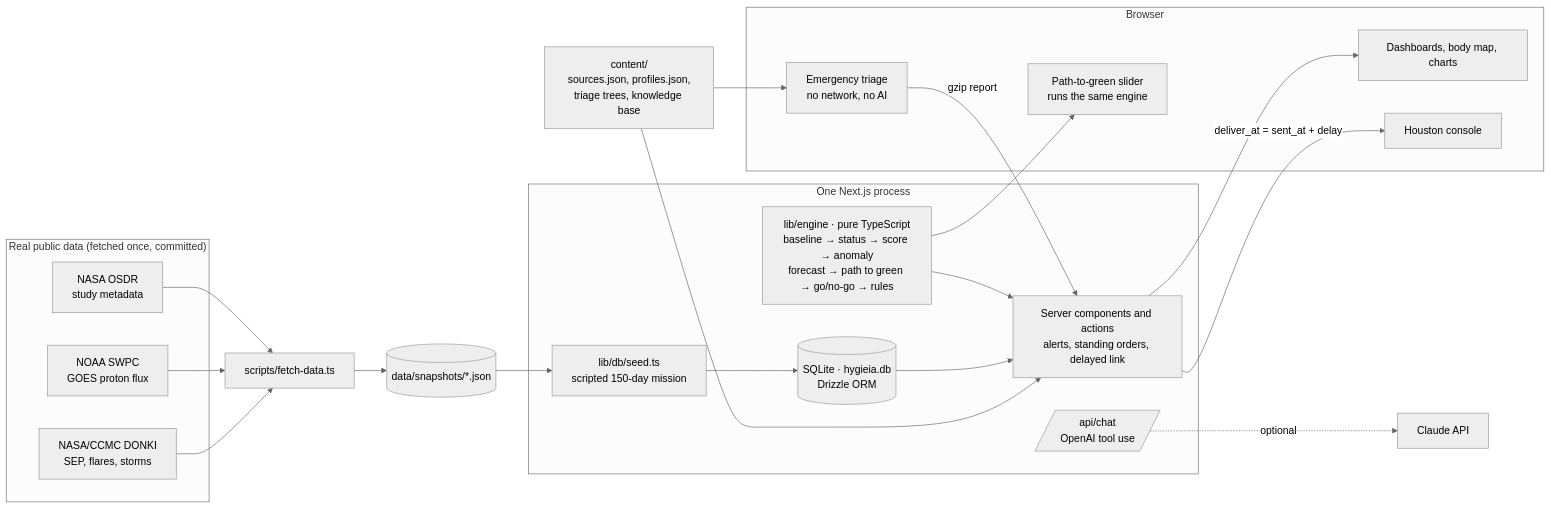
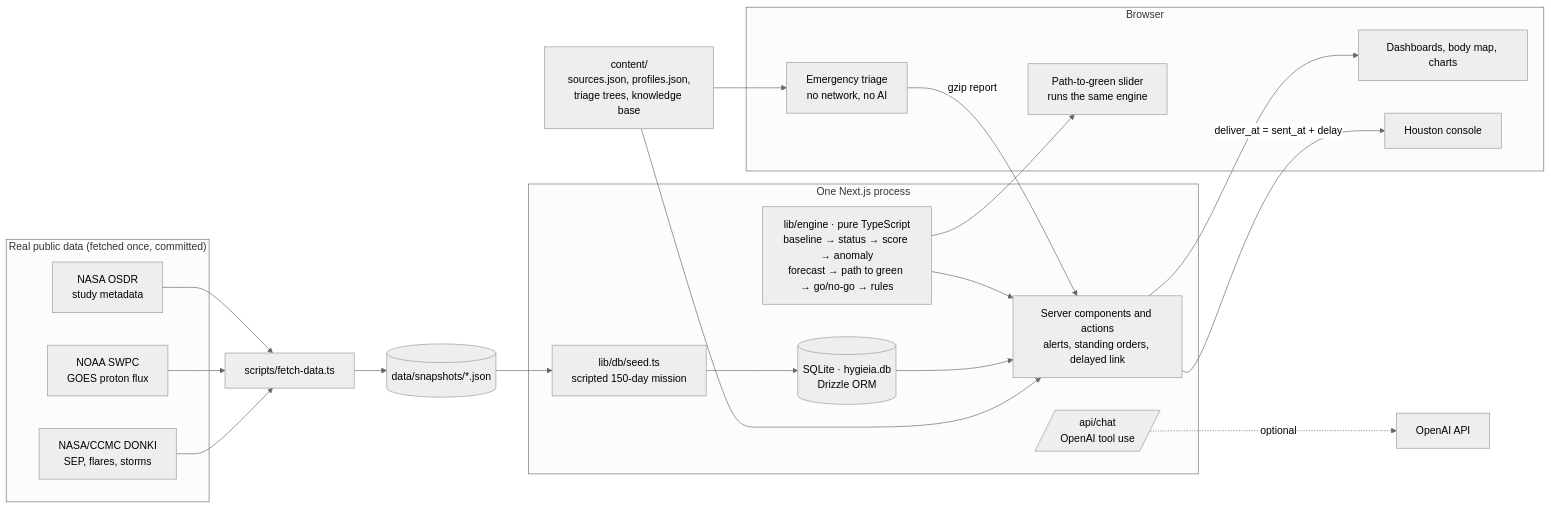
The diagram in README.md (eliechalhoub/hygieia), drawn with Mermaid (neutral theme) before and after one commit. The commit also changed other lines of this file and 10 other files, not shown here.

````diff
--- a/README.md
+++ b/README.md
@@ -80,37 +80,37 @@
 ```mermaid
 flowchart LR
   subgraph Sources["Real public data (fetched once, committed)"]
     D[NASA/CCMC DONKI<br/>SEP, flares, storms]
     G[NOAA SWPC<br/>GOES proton flux]
     O[NASA OSDR<br/>study metadata]
   end
   F[scripts/fetch-data.ts] --> S[(data/snapshots/*.json)]
   D --> F
   G --> F
   O --> F
 
   subgraph App["One Next.js process"]
     SEED[lib/db/seed.ts<br/>scripted 150-day mission]
     DB[(SQLite · hygieia.db<br/>Drizzle ORM)]
     ENG[lib/engine · pure TypeScript<br/>baseline → status → score → anomaly<br/>forecast → path to green → go/no-go → rules]
     SRV[Server components and actions<br/>alerts, standing orders, delayed link]
   CHAT[/api/chat<br/>OpenAI tool use/]
   end
   S --> SEED --> DB
   C[content/<br/>sources.json, profiles.json,<br/>triage trees, knowledge base] --> SRV
   DB --> SRV
   ENG --> SRV
 
   subgraph Browser
     UI[Dashboards, body map, charts]
     SL[Path-to-green slider<br/>runs the same engine]
     TRI[Emergency triage<br/>no network, no AI]
     HOU[Houston console]
   end
   SRV --> UI
   ENG --> SL
   C --> TRI
   TRI -- gzip report --> SRV
   SRV -- deliver_at = sent_at + delay --> HOU
-  CHAT -. optional .-> CL[Claude API]
+  CHAT -. optional .-> CL[OpenAI API]
 ```
````
